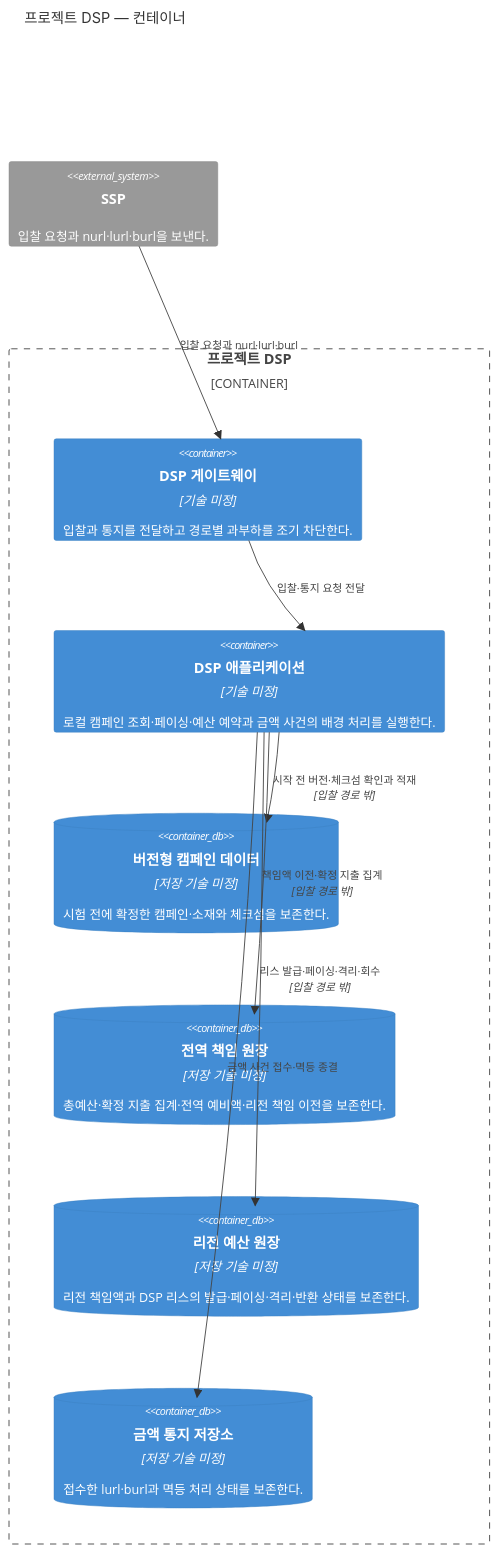
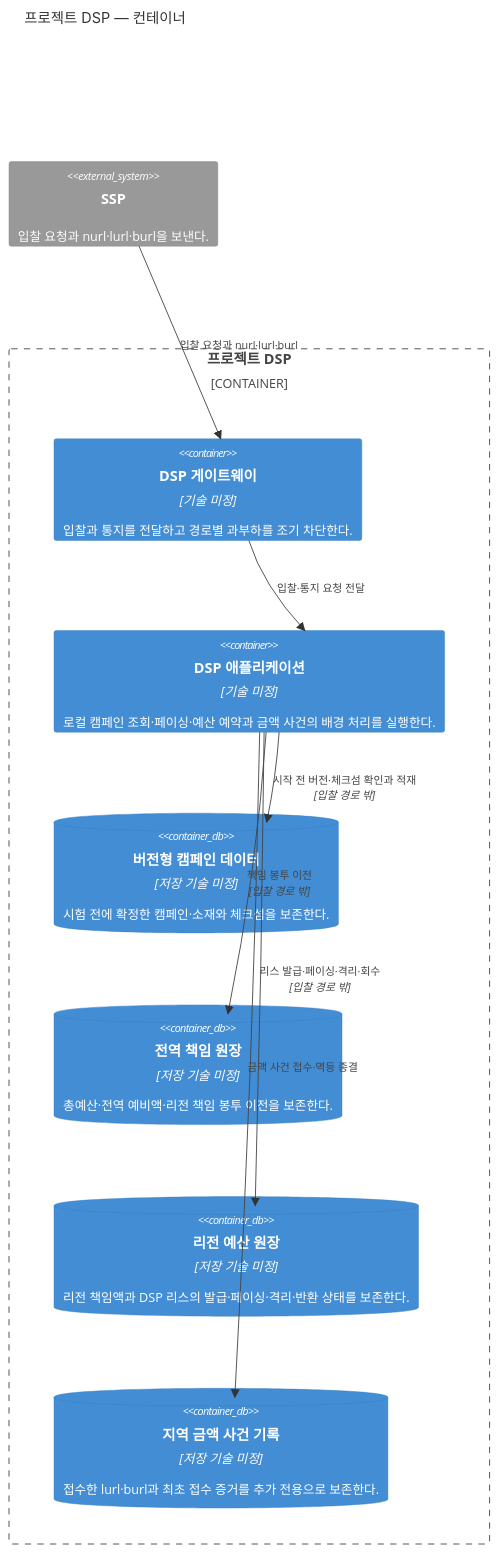
One commit to bbororo5/low-latency-openrtb-auction changed the diagram in docs/architecture/views/dsp-containers.md. Above: the diagram before and after it, drawn with Mermaid. The commit also changed other lines of this file and 19 other files, not shown here.

````diff
--- a/docs/architecture/views/dsp-containers.md
+++ b/docs/architecture/views/dsp-containers.md
@@ -9,24 +9,24 @@
 ```mermaid
 C4Container
     title 프로젝트 DSP — 컨테이너
 
     System_Ext(ssp, "SSP", "입찰 요청과 nurl·lurl·burl을 보낸다.")
 
     Container_Boundary(project_dsp, "프로젝트 DSP") {
         Container(gateway, "DSP 게이트웨이", "기술 미정", "입찰과 통지를 전달하고 경로별 과부하를 조기 차단한다.")
         Container(dsp_application, "DSP 애플리케이션", "기술 미정", "로컬 캠페인 조회·페이싱·예산 예약과 금액 사건의 배경 처리를 실행한다.")
         ContainerDb(campaign_store, "버전형 캠페인 데이터", "저장 기술 미정", "시험 전에 확정한 캠페인·소재와 체크섬을 보존한다.")
-        ContainerDb(global_ledger, "전역 책임 원장", "저장 기술 미정", "총예산·확정 지출 집계·전역 예비액·리전 책임 이전을 보존한다.")
+        ContainerDb(global_ledger, "전역 책임 원장", "저장 기술 미정", "총예산·전역 예비액·리전 책임 봉투 이전을 보존한다.")
         ContainerDb(regional_ledger, "리전 예산 원장", "저장 기술 미정", "리전 책임액과 DSP 리스의 발급·페이싱·격리·반환 상태를 보존한다.")
-        ContainerDb(money_store, "금액 통지 저장소", "저장 기술 미정", "접수한 lurl·burl과 멱등 처리 상태를 보존한다.")
+        ContainerDb(money_store, "지역 금액 사건 기록", "저장 기술 미정", "접수한 lurl·burl과 최초 접수 증거를 추가 전용으로 보존한다.")
     }
 
     Rel(ssp, gateway, "입찰 요청과 nurl·lurl·burl")
     Rel(gateway, dsp_application, "입찰·통지 요청 전달")
     Rel(dsp_application, campaign_store, "시작 전 버전·체크섬 확인과 적재", "입찰 경로 밖")
-    Rel(dsp_application, global_ledger, "책임액 이전·확정 지출 집계", "입찰 경로 밖")
+    Rel(dsp_application, global_ledger, "책임 봉투 이전", "입찰 경로 밖")
     Rel(dsp_application, regional_ledger, "리스 발급·페이싱·격리·회수", "입찰 경로 밖")
     Rel(dsp_application, money_store, "금액 사건 접수·멱등 종결")
 
     UpdateLayoutConfig($c4ShapeInRow="3", $c4BoundaryInRow="1")
 ```
````
